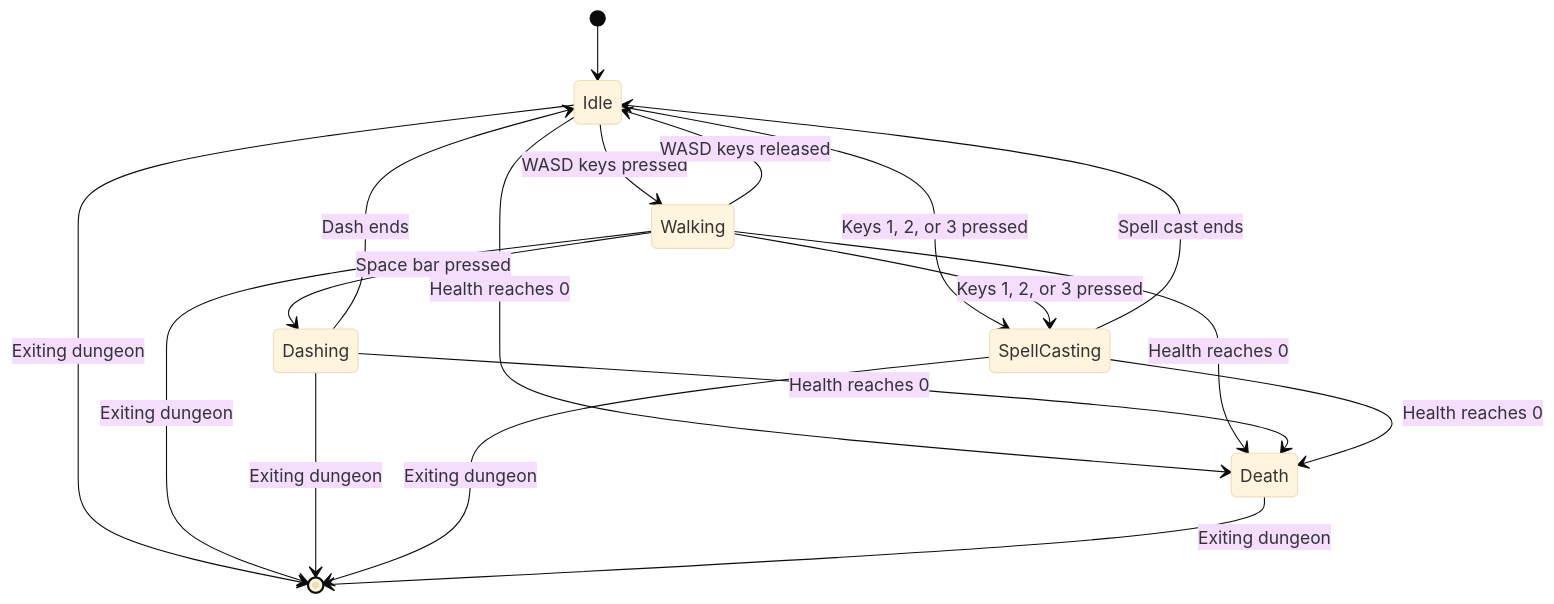
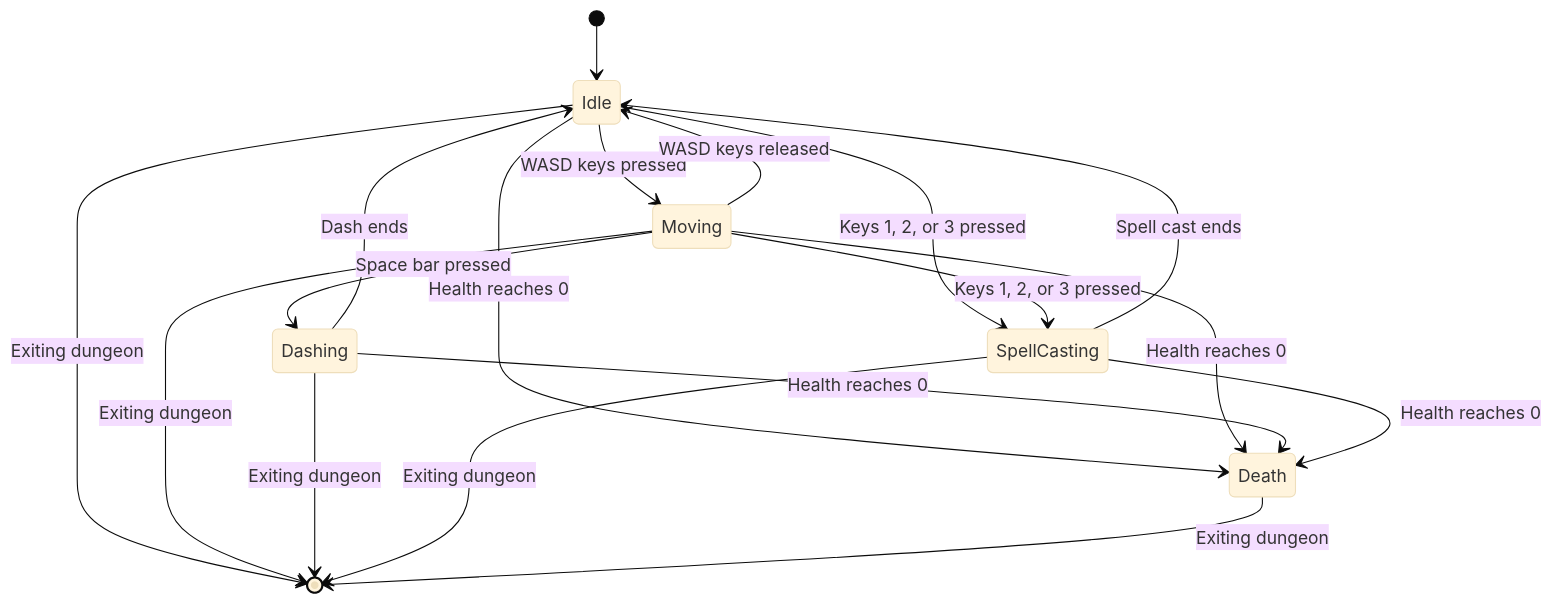
Before and after one commit to IntegrierBar/FPComputerGames: the third of 5 diagrams in RequirementsAnalysis.md, drawn with Mermaid (base theme). The commit also changed other lines of this file and 1 other file, not shown here.

Commit message:
added new large class diagram

````diff
--- a/RequirementsAnalysis.md
+++ b/RequirementsAnalysis.md
@@ -871,20 +1028,20 @@
 ```mermaid
 stateDiagram-v2
     [*] --> Idle
-    Idle --> Walking: WASD keys pressed
-    Walking --> Idle: WASD keys released
+    Idle --> Moving: WASD keys pressed
+    Moving --> Idle: WASD keys released
     Dashing --> Idle: Dash ends
     Idle --> SpellCasting: Keys 1, 2, or 3 pressed
     SpellCasting --> Idle: Spell cast ends
-    Walking --> Dashing: Space bar pressed
-    Walking --> SpellCasting: Keys 1, 2, or 3 pressed
+    Moving --> Dashing: Space bar pressed
+    Moving --> SpellCasting: Keys 1, 2, or 3 pressed
     Idle --> Death: Health reaches 0
-    Walking --> Death: Health reaches 0
+    Moving --> Death: Health reaches 0
     Dashing --> Death: Health reaches 0
     SpellCasting --> Death: Health reaches 0
     Idle --> [*]: Exiting dungeon
-    Walking --> [*]: Exiting dungeon
+    Moving --> [*]: Exiting dungeon
     Dashing --> [*]: Exiting dungeon
     SpellCasting --> [*]: Exiting dungeon
     Death --> [*]: Exiting dungeon
 ```
````
